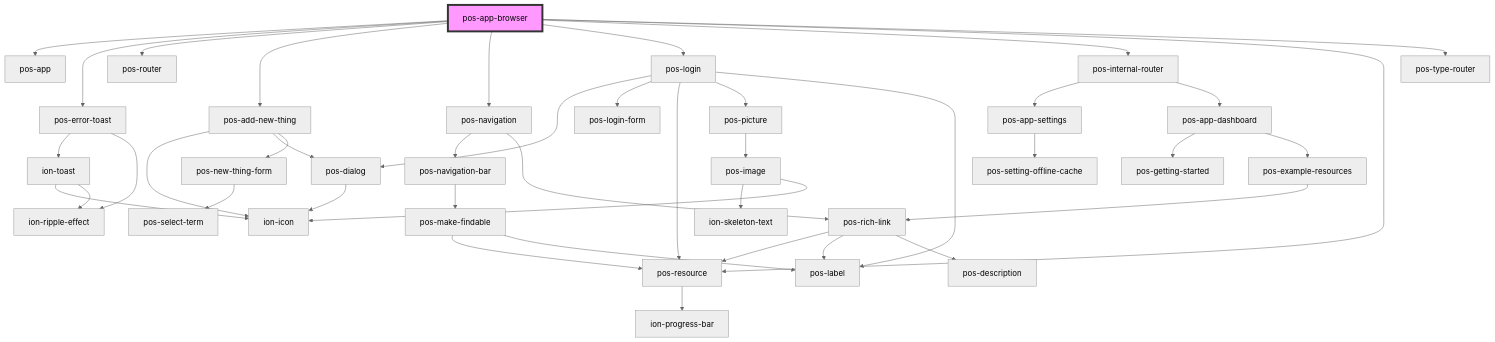
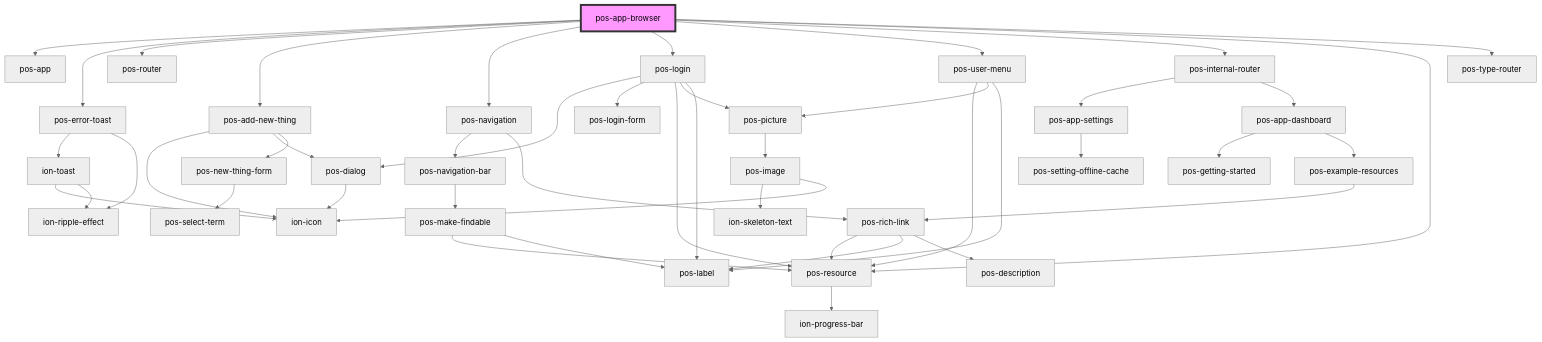
One commit to pod-os/PodOS changed the diagram in docs/elements/apps/pos-app-browser/readme.md. Above: the diagram before and after it, drawn with Mermaid (neutral theme). The commit also changed other lines of this file and 5 other files, not shown here.

````diff
--- a/docs/elements/apps/pos-app-browser/readme.md
+++ b/docs/elements/apps/pos-app-browser/readme.md
@@ -31,45 +32,49 @@
 ```mermaid
 graph TD;
   pos-app-browser --> pos-app
   pos-app-browser --> pos-error-toast
   pos-app-browser --> pos-router
   pos-app-browser --> pos-add-new-thing
   pos-app-browser --> pos-navigation
   pos-app-browser --> pos-login
+  pos-app-browser --> pos-user-menu
   pos-app-browser --> pos-internal-router
   pos-app-browser --> pos-resource
   pos-app-browser --> pos-type-router
   pos-error-toast --> ion-toast
   pos-error-toast --> ion-ripple-effect
   ion-toast --> ion-icon
   ion-toast --> ion-ripple-effect
   pos-add-new-thing --> ion-icon
   pos-add-new-thing --> pos-dialog
   pos-add-new-thing --> pos-new-thing-form
   pos-dialog --> ion-icon
   pos-new-thing-form --> pos-select-term
   pos-navigation --> pos-navigation-bar
   pos-navigation --> pos-rich-link
   pos-navigation-bar --> pos-make-findable
   pos-make-findable --> pos-resource
   pos-make-findable --> pos-label
   pos-resource --> ion-progress-bar
   pos-rich-link --> pos-resource
   pos-rich-link --> pos-label
   pos-rich-link --> pos-description
   pos-login --> pos-dialog
   pos-login --> pos-login-form
   pos-login --> pos-resource
   pos-login --> pos-picture
   pos-login --> pos-label
   pos-picture --> pos-image
   pos-image --> ion-skeleton-text
   pos-image --> ion-icon
+  pos-user-menu --> pos-resource
+  pos-user-menu --> pos-picture
+  pos-user-menu --> pos-label
   pos-internal-router --> pos-app-settings
   pos-internal-router --> pos-app-dashboard
   pos-app-settings --> pos-setting-offline-cache
   pos-app-dashboard --> pos-getting-started
   pos-app-dashboard --> pos-example-resources
   pos-example-resources --> pos-rich-link
   style pos-app-browser fill:#f9f,stroke:#333,stroke-width:4px
 ```
````
